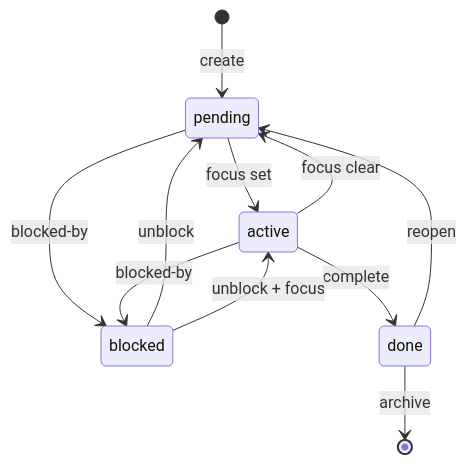
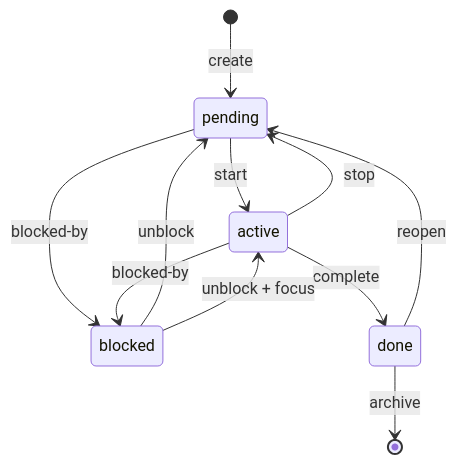
One commit to kryptobaseddev/cleo changed the diagram in docs/mintlify/api/schemas.mdx. Above: the diagram before and after it, drawn with Mermaid. The commit also changed 138 other files, not shown here.

First line of the commit message:
refactor: complete focus→start/stop/current migration across docs, specs, protocols, templates, and source (T4911)

````diff
--- a/docs/mintlify/api/schemas.mdx
+++ b/docs/mintlify/api/schemas.mdx
@@ -154,13 +154,13 @@
 ```mermaid
 stateDiagram-v2
     [*] --> pending: create
-    pending --> active: focus set
+    pending --> active: start
     pending --> blocked: blocked-by
-    active --> pending: focus clear
+    active --> pending: stop
     active --> blocked: blocked-by
     active --> done: complete
     blocked --> pending: unblock
     blocked --> active: unblock + focus
     done --> pending: reopen
     done --> [*]: archive
 ```
````
